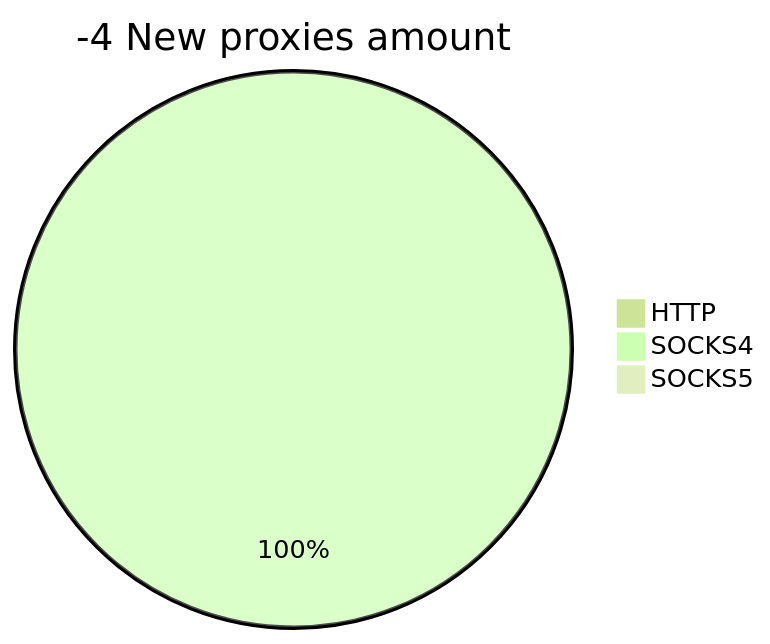
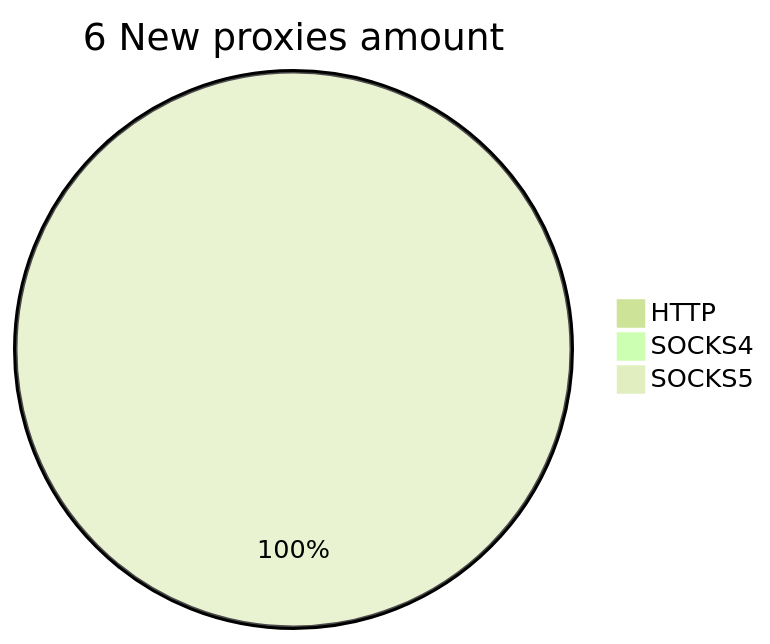
The second of 2 diagrams in README.md (cutipu/proxylist), drawn with Mermaid (forest theme) before and after one commit. The commit also changed other lines of this file, not shown here.

````diff
--- a/README.md
+++ b/README.md
@@ -10,6 +10,6 @@
 ```mermaid
-pie title -4 New proxies amount
+pie title 6 New proxies amount
     "HTTP" : 0
-    "SOCKS4" : 2
-    "SOCKS5" : 0
+    "SOCKS4" : 0
+    "SOCKS5" : 7
 ```
````
